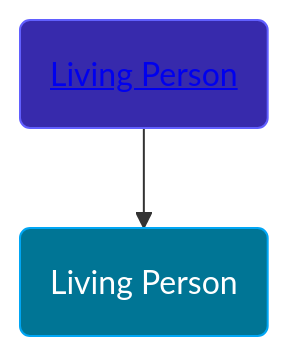
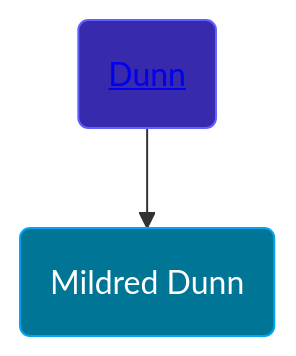
Before and after one commit to wpmgotkh/wpmgotkh.github.io: the diagram in pages/people/7/7869963.md, drawn with Mermaid. The commit also changed other lines of this file and 586 other files, not shown here.

Commit message:
feat: better shouldConsiderPersonLiving algo

````diff
--- a/pages/people/7/7869963.md
+++ b/pages/people/7/7869963.md
@@ -10,8 +10,8 @@
 ```mermaid
 graph
 classDef grands fill:#193cb8,stroke:#2b7fff,stroke-width:1px,color:#fff;
 classDef parents fill:#372aac,stroke:#615fff,stroke-width:1px,color:#fff;
 classDef primary fill:#007595,stroke:#00a6f4,stroke-width:1px,color:#fff;
-7869963(Living Person):::primary
-14066328(<a class="text-white" href="/people/1/14066328">Living Person</a>):::parents-->7869963
+7869963(Mildred Dunn):::primary
+14066328(<a class="text-white" href="/people/1/14066328">Dunn</a>):::parents-->7869963
 ```
````
